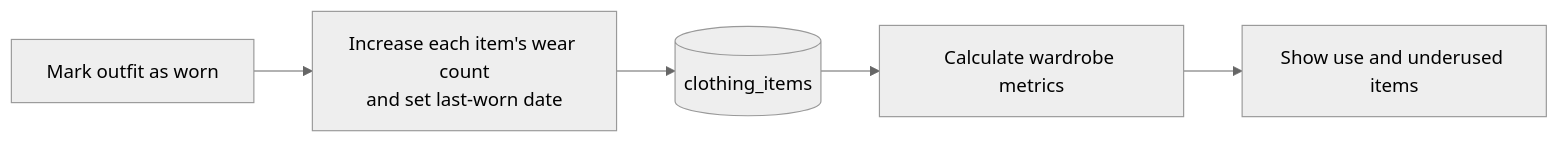
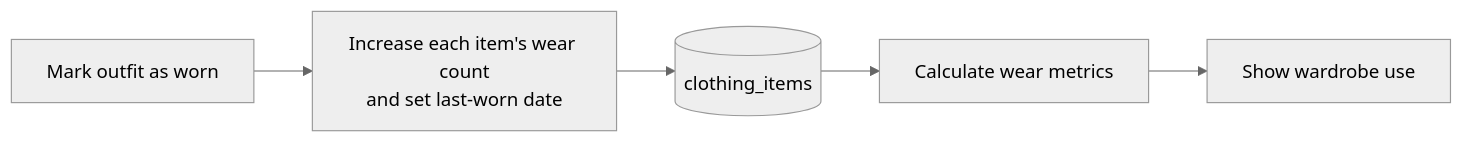
One commit to heyitssyakirrr/stylemate changed the fourth of 4 diagrams in README.md. Above: the diagram before and after it, drawn with Mermaid (neutral theme). The commit also changed other lines of this file, not shown here.

````diff
--- a/README.md
+++ b/README.md
@@ -91,7 +90,7 @@
 ```mermaid
 flowchart LR
     Worn["Mark outfit as worn"] --> Update["Increase each item's wear count<br/>and set last-worn date"]
     Update --> DB[("clothing_items")]
-    DB --> Analytics["Calculate wardrobe metrics"]
-    Analytics --> View["Show use and underused items"]
+    DB --> Analytics["Calculate wear metrics"]
+    Analytics --> View["Show wardrobe use"]
 ```
````
